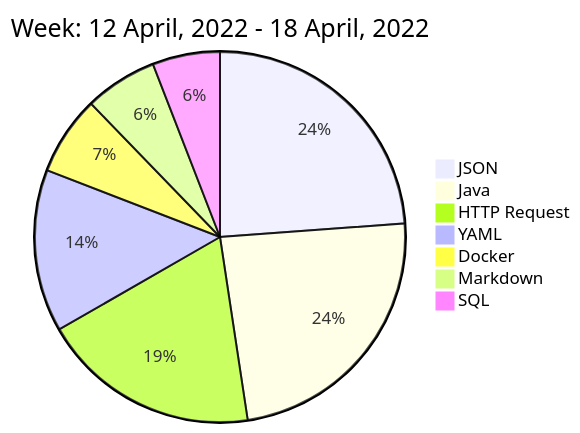
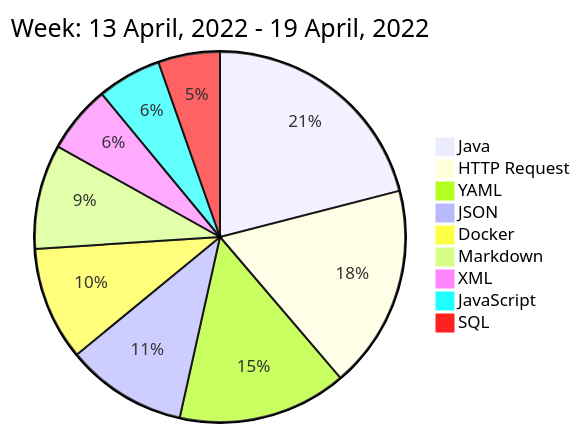
The diagram in README.md (liubin95/liubin95), drawn with Mermaid before and after one commit.

Commit message:
Updated the Graph with new Metrics

````diff
--- a/README.md
+++ b/README.md
@@ -40,11 +40,13 @@
 ```mermaid
  pie
-title Week: 12 April, 2022 - 18 April, 2022
- "JSON" : 5.18
- "Java" : 5.17
- "HTTP Request" : 4.15
- "YAML" : 3.08
- "Docker" : 1.5
- "Markdown" : 1.38
- "SQL" : 1.28
+title Week: 13 April, 2022 - 19 April, 2022
+ "Java" : 4.87
+ "HTTP Request" : 4.12
+ "YAML" : 3.42
+ "JSON" : 2.45
+ "Docker" : 2.3
+ "Markdown" : 2.12
+ "XML" : 1.37
+ "JavaScript" : 1.3
+ "SQL" : 1.25
 ```
````
